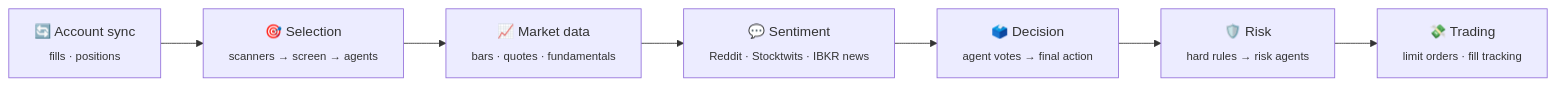
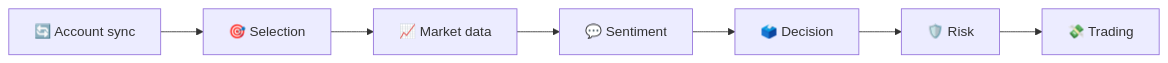
The diagram in README.md (ZackCHZhang/SynodTrade), drawn with Mermaid before and after one commit. The commit also changed 1 other file, not shown here.

Commit message:
README: drop subtitles from the pipeline diagram so it stays legible
The stage table right below already describes each stage; with subtitles
the seven-node diagram was scaled down to fit GitHub's content width.

Claude-Session: https://claude.ai/code/session_01AQC8JSdv8Gp9mfwe5qmQzB

````diff
--- a/README.md
+++ b/README.md
@@ -42,9 +42,9 @@
 ```mermaid
 flowchart LR
-    S["🔄 Account sync<br/><sub>fills · positions</sub>"] --> A
-    A["🎯 Selection<br/><sub>scanners → screen → agents</sub>"] --> B["📈 Market data<br/><sub>bars · quotes · fundamentals</sub>"]
-    B --> C["💬 Sentiment<br/><sub>Reddit · Stocktwits · IBKR news</sub>"]
-    C --> D["🗳️ Decision<br/><sub>agent votes → final action</sub>"]
-    D --> E["🛡️ Risk<br/><sub>hard rules → risk agents</sub>"]
-    E --> F["💸 Trading<br/><sub>limit orders · fill tracking</sub>"]
+    S["🔄 Account sync"] --> A
+    A["🎯 Selection"] --> B["📈 Market data"]
+    B --> C["💬 Sentiment"]
+    C --> D["🗳️ Decision"]
+    D --> E["🛡️ Risk"]
+    E --> F["💸 Trading"]
 ```
````
